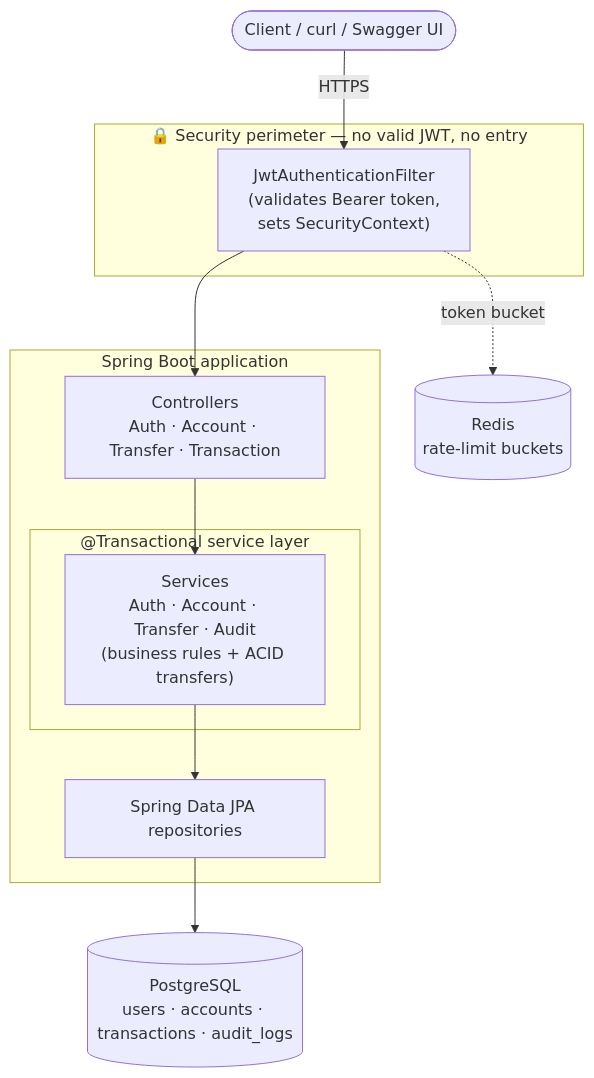
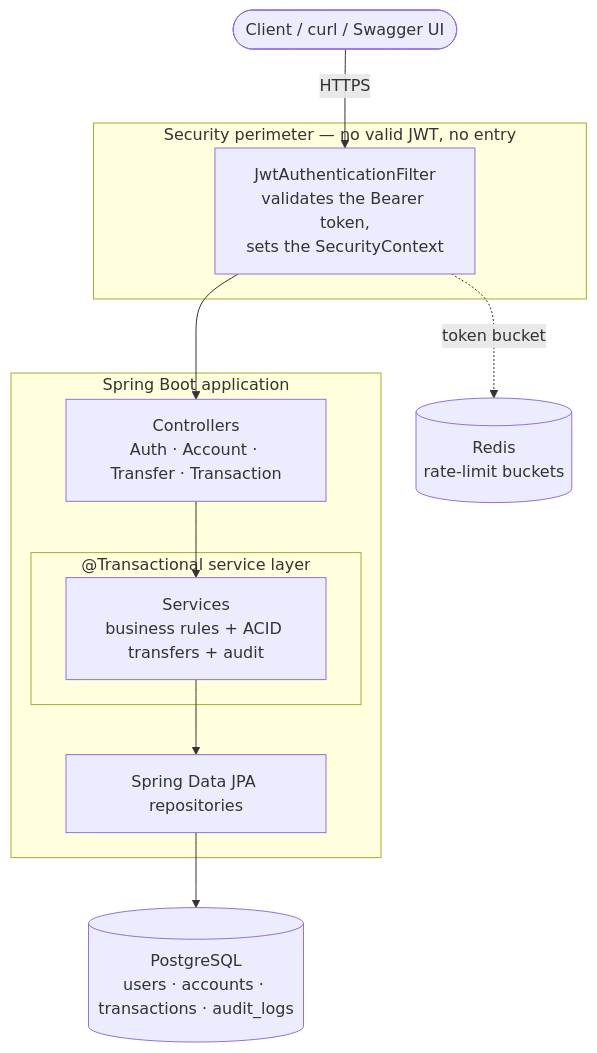
Before and after one commit to mohamedali55/SecureBank-API: the diagram in README.md, drawn with Mermaid. The commit also changed other lines of this file, not shown here.

````diff
--- a/README.md
+++ b/README.md
@@ -30,26 +28,26 @@
 ```mermaid
 flowchart TB
     client([Client / curl / Swagger UI])
 
-    subgraph perimeter["🔒 Security perimeter — no valid JWT, no entry"]
-        filter["JwtAuthenticationFilter<br/>(validates Bearer token,<br/>sets SecurityContext)"]
+    subgraph perimeter["Security perimeter — no valid JWT, no entry"]
+        filter["JwtAuthenticationFilter<br/>validates the Bearer token,<br/>sets the SecurityContext"]
     end
 
     subgraph app["Spring Boot application"]
         controller["Controllers<br/>Auth · Account · Transfer · Transaction"]
         subgraph tx["@Transactional service layer"]
-            service["Services<br/>Auth · Account · Transfer · Audit<br/>(business rules + ACID transfers)"]
+            service["Services<br/>business rules + ACID transfers + audit"]
         end
         repo["Spring Data JPA repositories"]
     end
 
     db[("PostgreSQL<br/>users · accounts · transactions · audit_logs")]
     redis[("Redis<br/>rate-limit buckets")]
 
     client -- HTTPS --> filter
     filter -. token bucket .-> redis
     filter --> controller
     controller --> service
     service --> repo
     repo --> db
 ```
````
